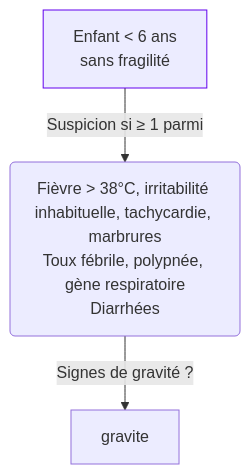
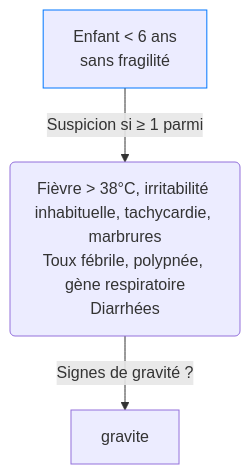
One commit to djibe/recommandations-medicales changed the second of 2 diagrams in content/recommandations/covid-19.md. Above: the diagram before and after it, drawn with Mermaid. The commit also changed other lines of this file and 30 other files, not shown here.

```diff
--- a/content/recommandations/covid-19.md
+++ b/content/recommandations/covid-19.md
@@ -179,5 +179,5 @@
 {{< mermaid >}}
 graph TB
   enfant["Enfant &lt; 6 ans<br>sans fragilité"] -- "Suspicion si &ge; 1 parmi" --> symptomes("Fièvre > 38&deg;C, irritabilité inhabituelle, tachycardie, marbrures<br>Toux fébrile, polypnée, gène respiratoire<br>Diarrhées") -- "Signes de gravité ?" --> gravite
-  style enfant stroke:#6200ee, stroke-width:1px
+  style enfant stroke:#0077ff, stroke-width:1px
 {{< /mermaid >}}
```
